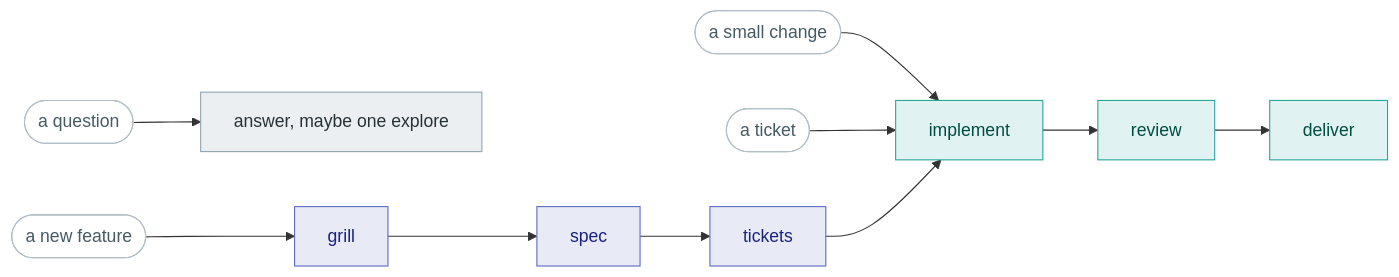
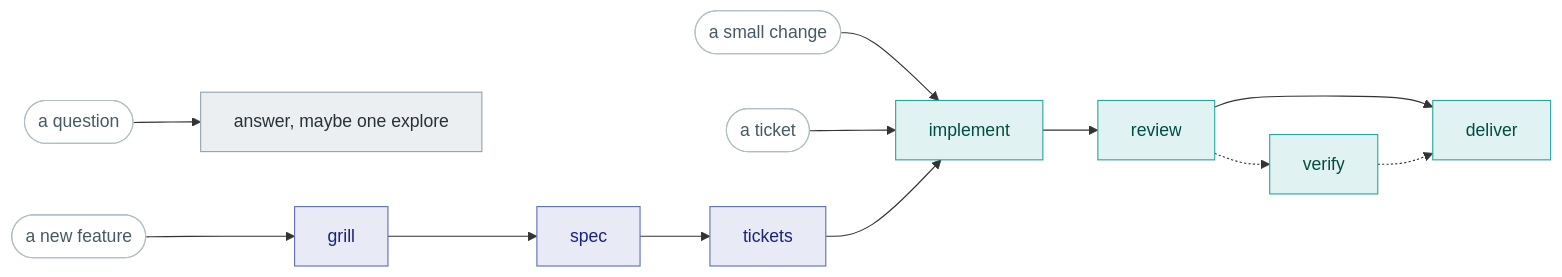
One commit to ifahrentholz/omnigent-radar changed the diagram in README.md. Above: the diagram before and after it, drawn with Mermaid. The commit also changed other lines of this file and 17 other files, not shown here.

````diff
--- a/README.md
+++ b/README.md
@@ -64,15 +64,16 @@
 ```mermaid
 flowchart LR
     classDef ask fill:#ffffff,stroke:#b0bec5,color:#455a64
     classDef l0  fill:#eceff1,stroke:#90a4ae,color:#263238
     classDef l3  fill:#e8eaf6,stroke:#5c6bc0,color:#1a237e
     classDef l2  fill:#e0f2f1,stroke:#26a69a,color:#004d40
 
     q(["a question"]):::ask --> chat["answer, maybe one explore"]:::l0
     s(["a small change"]):::ask --> implement
     t(["a ticket"]):::ask --> implement
     f(["a new feature"]):::ask --> grill
 
     grill:::l3 --> spec:::l3 --> tickets:::l3 --> implement:::l2
     implement --> review:::l2 --> deliver:::l2
+    review -.-> verify:::l2 -.-> deliver
 ```
````
